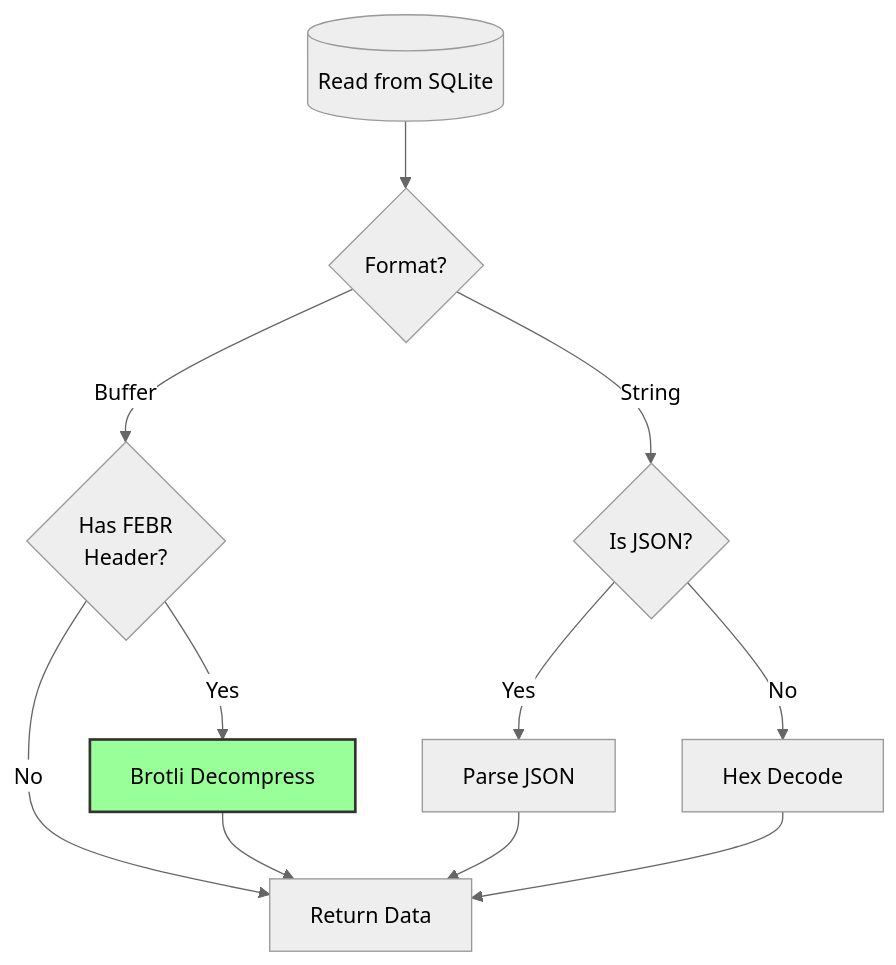
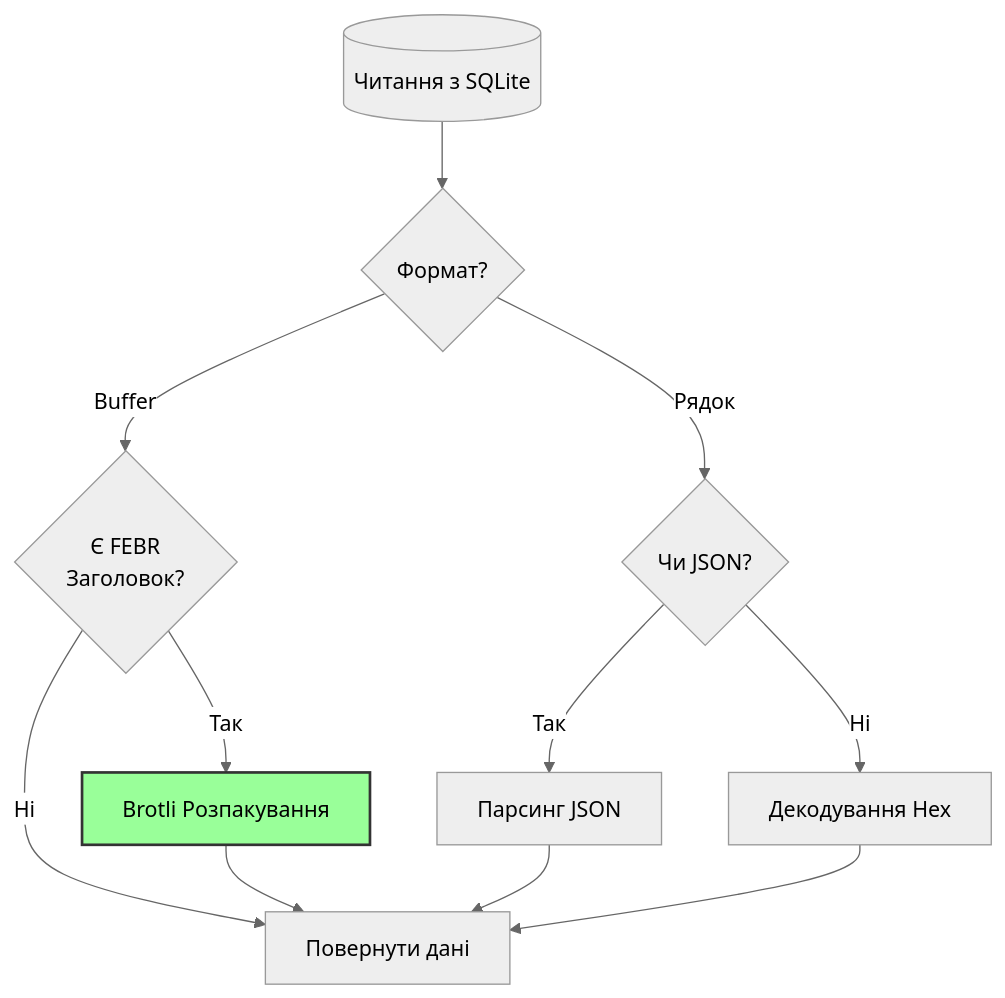
Before and after one commit to forwardemail/forwardemail.net: diagram 14 of 16 in app/views/docs/email-protocols-rfc-compliance-imap-smtp-pop3-comparison/index-uk.md, drawn with Mermaid (neutral theme). The commit also changed other lines of this file and 1055 other files, not shown here.

````diff
--- a/app/views/docs/email-protocols-rfc-compliance-imap-smtp-pop3-comparison/index-uk.md
+++ b/app/views/docs/email-protocols-rfc-compliance-imap-smtp-pop3-comparison/index-uk.md
@@ -1554,23 +1548,23 @@
 ```mermaid
 flowchart TB
-    Read[(Read from SQLite)]
-    CheckFormat{Format?}
-    HasMagic{Has FEBR<br/>Header?}
-    Decompress[Brotli Decompress]
-    ParseJSON[Parse JSON]
-    HexDecode[Hex Decode]
-    Return[Return Data]
+    Read[(Читання з SQLite)]
+    CheckFormat{Формат?}
+    HasMagic{Є FEBR<br/>Заголовок?}
+    Decompress[Brotli Розпакування]
+    ParseJSON[Парсинг JSON]
+    HexDecode[Декодування Hex]
+    Return[Повернути дані]
 
     Read --> CheckFormat
     CheckFormat -->|Buffer| HasMagic
-    CheckFormat -->|String| IsJSON{Is JSON?}
-    HasMagic -->|Yes| Decompress
-    HasMagic -->|No| Return
+    CheckFormat -->|Рядок| IsJSON{Чи JSON?}
+    HasMagic -->|Так| Decompress
+    HasMagic -->|Ні| Return
     Decompress --> Return
-    IsJSON -->|Yes| ParseJSON
-    IsJSON -->|No| HexDecode
+    IsJSON -->|Так| ParseJSON
+    IsJSON -->|Ні| HexDecode
     ParseJSON --> Return
     HexDecode --> Return
 
     style Decompress fill:#9f9,stroke:#333,stroke-width:2px
 ```
````
